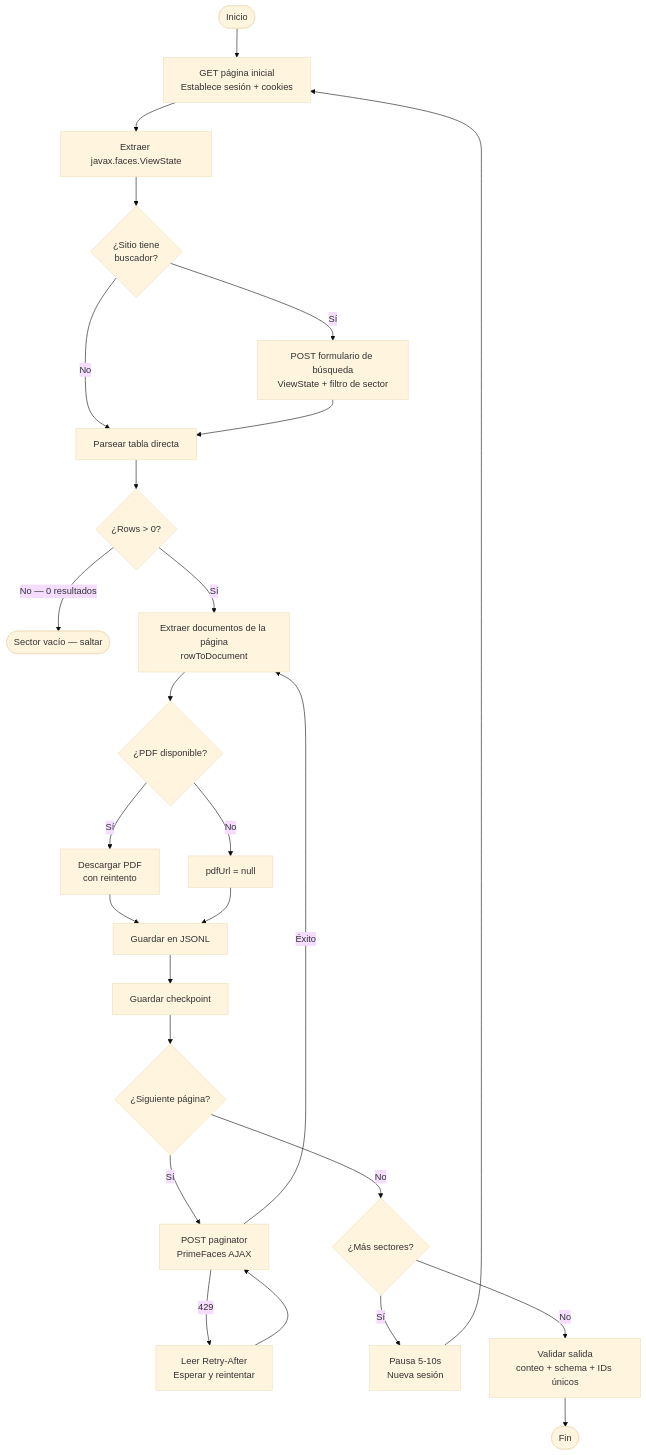
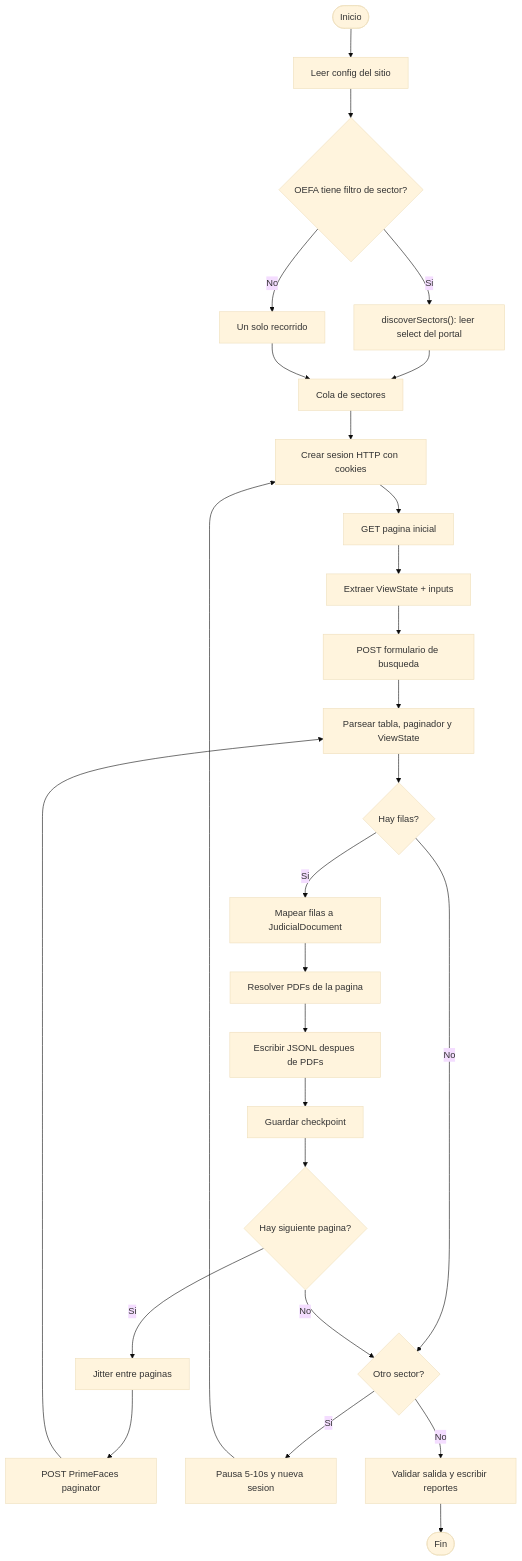
Before and after one commit to GatoProgramador-01/pj-peru-scraper: the second of 4 diagrams in README.md, drawn with Mermaid (base theme). The commit also changed other lines of this file, not shown here.

Commit message:
docs: make scraper review flow human-readable

````diff
--- a/README.md
+++ b/README.md
@@ -156,28 +102,30 @@
 ```mermaid
 flowchart TD
-    A([Inicio]) --> B[GET página inicial\nEstablece sesión + cookies]
-    B --> C[Extraer javax.faces.ViewState]
-    C --> D{¿Sitio tiene\nbuscador?}
-    D -->|Sí| E[POST formulario de búsqueda\nViewState + filtro de sector]
-    D -->|No| F[Parsear tabla directa]
-    E --> F
-    F --> G{¿Rows > 0?}
-    G -->|No — 0 resultados| H([Sector vacío — saltar])
-    G -->|Sí| I[Extraer documentos de la página\nrowToDocument]
-    I --> J{¿PDF disponible?}
-    J -->|Sí| K[Descargar PDF\ncon reintento]
-    J -->|No| L[pdfUrl = null]
-    K --> M[Guardar en JSONL]
-    L --> M
-    M --> N[Guardar checkpoint]
-    N --> O{¿Siguiente página?}
-    O -->|Sí| P[POST paginator\nPrimeFaces AJAX]
-    P -->|Éxito| I
-    P -->|429| Q[Leer Retry-After\nEsperar y reintentar]
-    Q --> P
-    O -->|No| R{¿Más sectores?}
-    R -->|Sí| S[Pausa 5-10s\nNueva sesión]
-    S --> B
-    R -->|No| T[Validar salida\nconteo + schema + IDs únicos]
-    T --> U([Fin])
+    Start([Inicio]) --> Config["Leer config del sitio"]
+    Config --> Sectors{"OEFA tiene filtro de sector?"}
+    Sectors -->|Si| Discover["discoverSectors(): leer select del portal"]
+    Sectors -->|No| One["Un solo recorrido"]
+    Discover --> Queue["Cola de sectores"]
+    One --> Queue
+
+    Queue --> Session["Crear sesion HTTP con cookies"]
+    Session --> FirstGet["GET pagina inicial"]
+    FirstGet --> ParseState["Extraer ViewState + inputs"]
+    ParseState --> Search["POST formulario de busqueda"]
+    Search --> Page["Parsear tabla, paginador y ViewState"]
+    Page --> Rows{"Hay filas?"}
+    Rows -->|No| NextSector{"Otro sector?"}
+    Rows -->|Si| Docs["Mapear filas a JudicialDocument"]
+    Docs --> PdfFlow["Resolver PDFs de la pagina"]
+    PdfFlow --> Write["Escribir JSONL despues de PDFs"]
+    Write --> Checkpoint["Guardar checkpoint"]
+    Checkpoint --> MorePages{"Hay siguiente pagina?"}
+    MorePages -->|Si| Delay["Jitter entre paginas"]
+    Delay --> NextPost["POST PrimeFaces paginator"]
+    NextPost --> Page
+    MorePages -->|No| NextSector
+    NextSector -->|Si| Pause["Pausa 5-10s y nueva sesion"]
+    Pause --> Session
+    NextSector -->|No| Reports["Validar salida y escribir reportes"]
+    Reports --> End([Fin])
 ```
````
